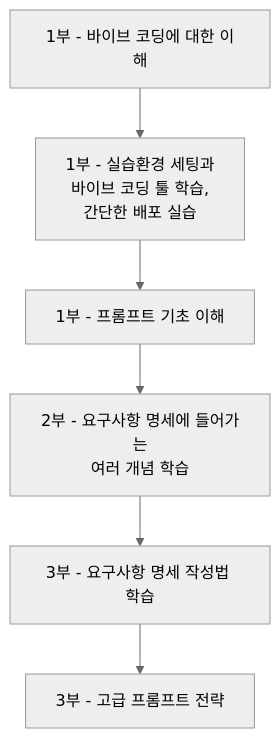
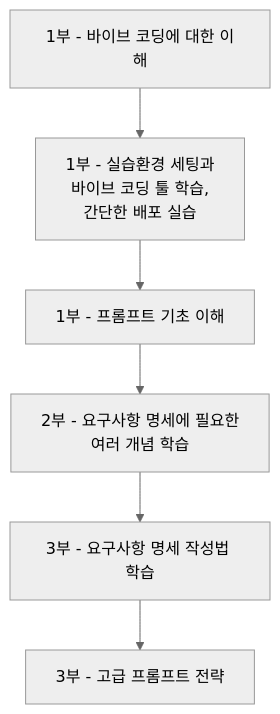
One commit to nugurejeil/weniVooks changed the diagram in _md/essentials-vibecoding/chapter03/03-1.md. Above: the diagram before and after it, drawn with Mermaid (neutral theme). The commit also changed other lines of this file and 1 other file, not shown here.

````diff
--- a/_md/essentials-vibecoding/chapter03/03-1.md
+++ b/_md/essentials-vibecoding/chapter03/03-1.md
@@ -17,8 +17,8 @@
 ```mermaid
 flowchart TD
     A["1부 - 바이브 코딩에 대한 이해"] --> B["1부 - 실습환경 세팅과<br/>바이브 코딩 툴 학습,<br/>간단한 배포 실습"]
     B --> C["1부 - 프롬프트 기초 이해"]
-    C --> D["2부 - 요구사항 명세에 들어가는<br/>여러 개념 학습"]
+    C --> D["2부 - 요구사항 명세에 필요한<br/>여러 개념 학습"]
     D --> E["3부 - 요구사항 명세 작성법 학습"]
     E --> F["3부 - 고급 프롬프트 전략"]
 ```
````
